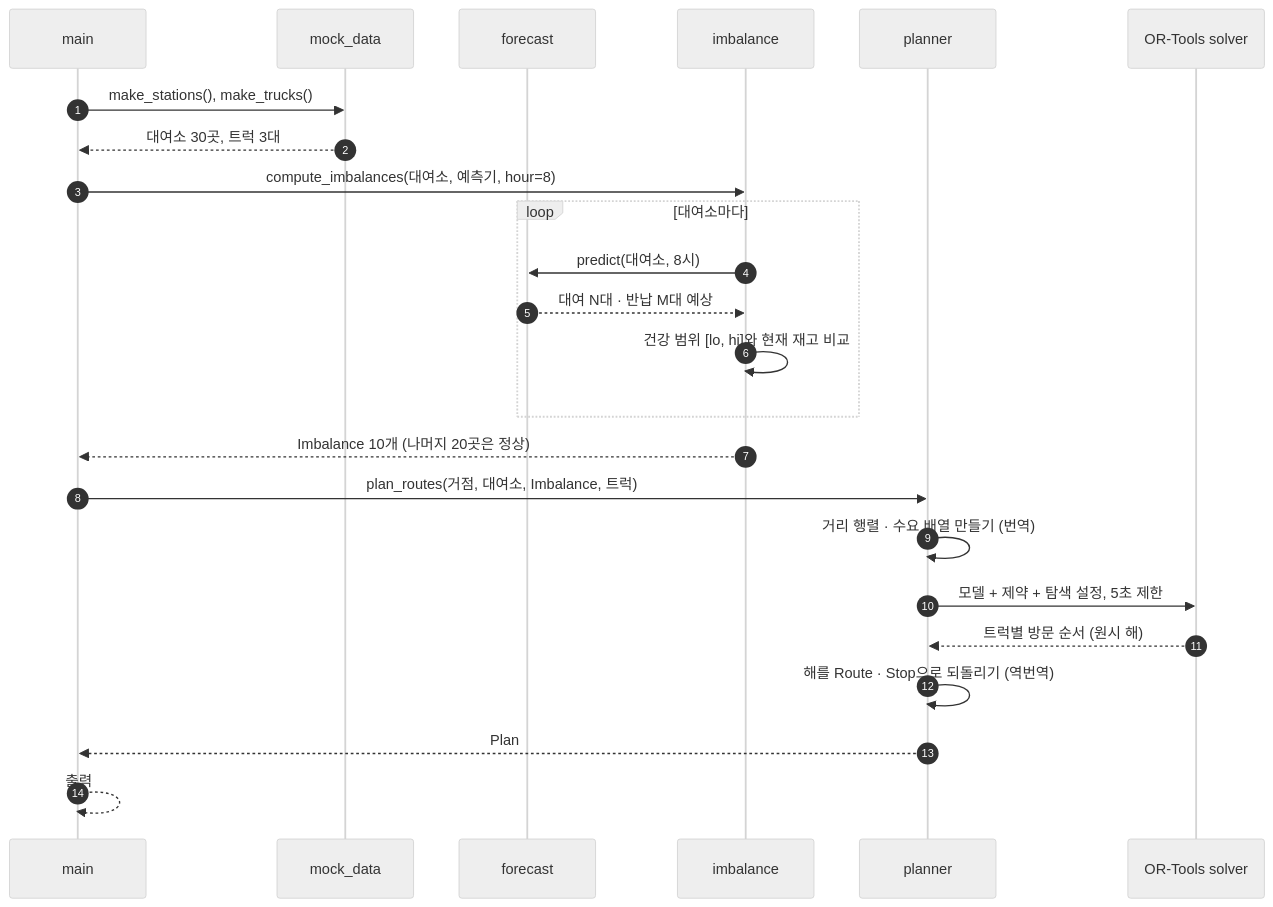
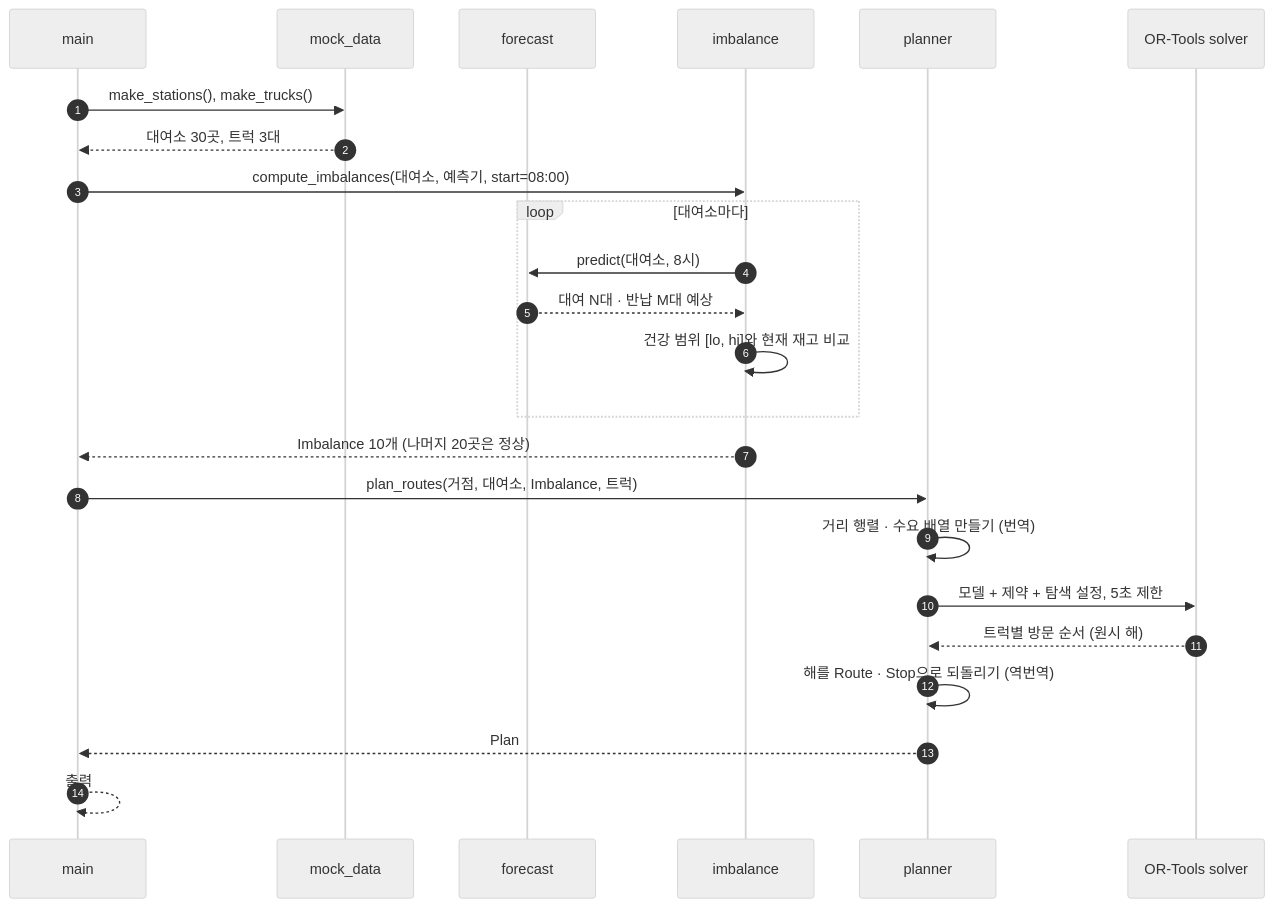
One commit to HuitaePark/seoul_bike changed the first of 2 diagrams in docs/or-tools/architecture/02-pipeline-walkthrough.md. Above: the diagram before and after it, drawn with Mermaid (neutral theme). The commit also changed 7 other files, not shown here.

````diff
--- a/docs/or-tools/architecture/02-pipeline-walkthrough.md
+++ b/docs/or-tools/architecture/02-pipeline-walkthrough.md
@@ -14,27 +14,27 @@
 ```mermaid
 sequenceDiagram
     autonumber
     participant M as main
     participant D as mock_data
     participant F as forecast
     participant I as imbalance
     participant P as planner
     participant O as OR-Tools solver
 
     M->>D: make_stations(), make_trucks()
     D-->>M: 대여소 30곳, 트럭 3대
-    M->>I: compute_imbalances(대여소, 예측기, hour=8)
+    M->>I: compute_imbalances(대여소, 예측기, start=08:00)
     loop 대여소마다
         I->>F: predict(대여소, 8시)
         F-->>I: 대여 N대 · 반납 M대 예상
         I->>I: 건강 범위 [lo, hi]와 현재 재고 비교
     end
     I-->>M: Imbalance 10개 (나머지 20곳은 정상)
     M->>P: plan_routes(거점, 대여소, Imbalance, 트럭)
     P->>P: 거리 행렬 · 수요 배열 만들기 (번역)
     P->>O: 모델 + 제약 + 탐색 설정, 5초 제한
     O-->>P: 트럭별 방문 순서 (원시 해)
     P->>P: 해를 Route · Stop으로 되돌리기 (역번역)
     P-->>M: Plan
     M-->>M: 출력
 ```
````
